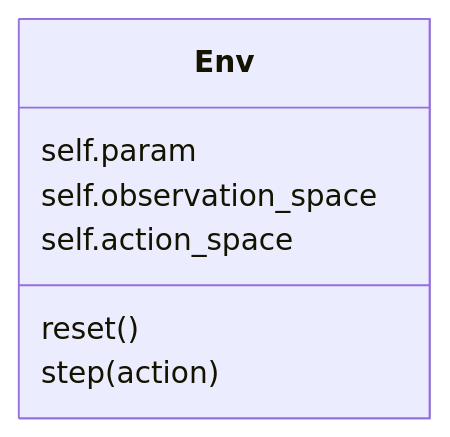
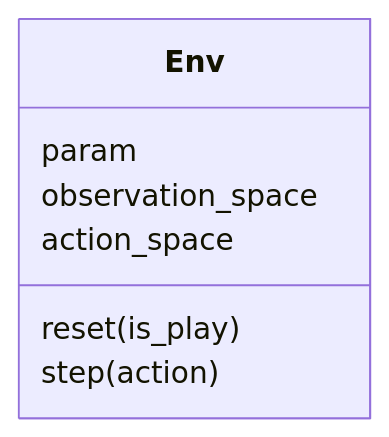
One commit to HaoGao1996/dfjsp changed the first of 4 diagrams in README.md. Above: the diagram before and after it, drawn with Mermaid. The commit also changed other lines of this file and 11 other files, not shown here.

````diff
--- a/README.md
+++ b/README.md
@@ -11,9 +11,9 @@
 ```mermaid
 classDiagram
     class Env
-    Env : self.param
-    Env : self.observation_space
-    Env : self.action_space
-    Env : reset()
+    Env : param
+    Env : observation_space
+    Env : action_space
+    Env : reset(is_play)
     Env : step(action)
 ```
````
